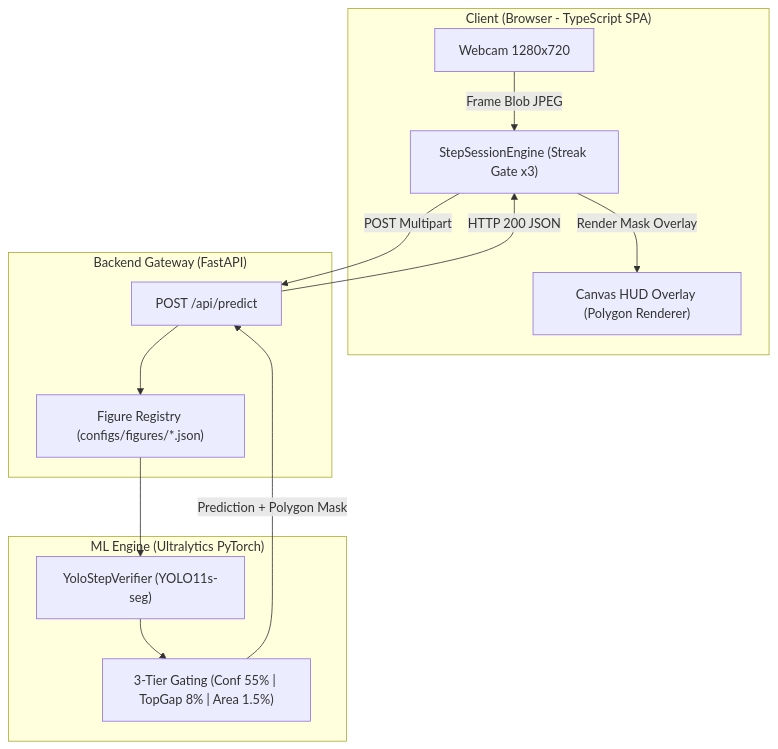
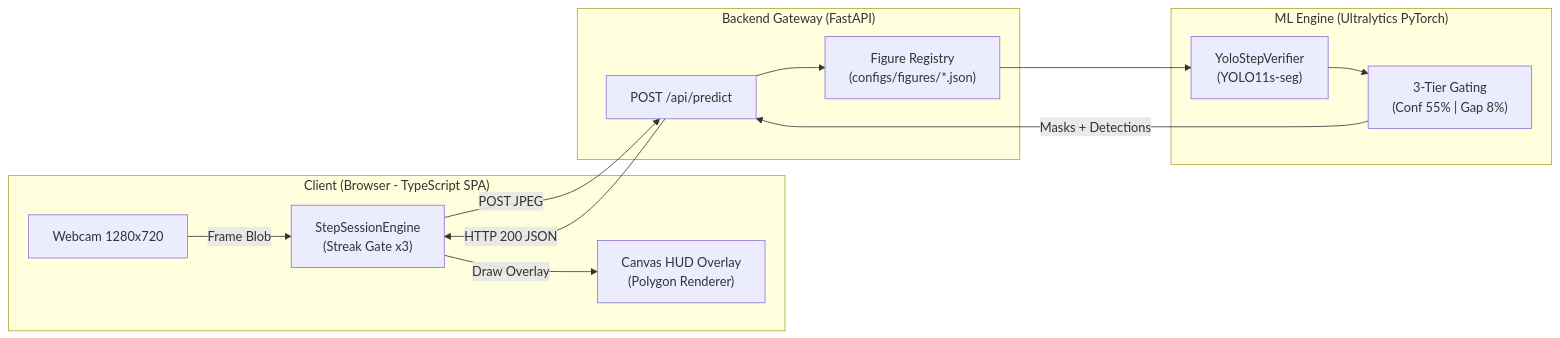
One commit to Puwizz/GamiCheckpoint changed the diagram in README.md. Above: the diagram before and after it, drawn with Mermaid.

Commit message:
docs: adjust architecture diagram to horizontal flowchart (LR)

````diff
--- a/README.md
+++ b/README.md
@@ -53,27 +53,27 @@
 ```mermaid
-flowchart TD
+flowchart LR
     subgraph Browser["Client (Browser - TypeScript SPA)"]
         Cam["Webcam 1280x720"]
-        Engine["StepSessionEngine (Streak Gate x3)"]
-        Canvas["Canvas HUD Overlay (Polygon Renderer)"]
+        Engine["StepSessionEngine<br/>(Streak Gate x3)"]
+        Canvas["Canvas HUD Overlay<br/>(Polygon Renderer)"]
     end
 
     subgraph Backend["Backend Gateway (FastAPI)"]
         API["POST /api/predict"]
-        Registry["Figure Registry (configs/figures/*.json)"]
+        Registry["Figure Registry<br/>(configs/figures/*.json)"]
     end
 
     subgraph ML["ML Engine (Ultralytics PyTorch)"]
-        Verifier["YoloStepVerifier (YOLO11s-seg)"]
-        Gating["3-Tier Gating (Conf 55% | TopGap 8% | Area 1.5%)"]
+        Verifier["YoloStepVerifier<br/>(YOLO11s-seg)"]
+        Gating["3-Tier Gating<br/>(Conf 55% | Gap 8%)"]
     end
 
-    Cam -->|Frame Blob JPEG| Engine
-    Engine -->|POST Multipart| API
+    Cam -->|Frame Blob| Engine
+    Engine -->|POST JPEG| API
     API --> Registry
     Registry --> Verifier
     Verifier --> Gating
-    Gating -->|Prediction + Polygon Mask| API
+    Gating -->|Masks + Detections| API
     API -->|HTTP 200 JSON| Engine
-    Engine -->|Render Mask Overlay| Canvas
+    Engine -->|Draw Overlay| Canvas
 ```
````
